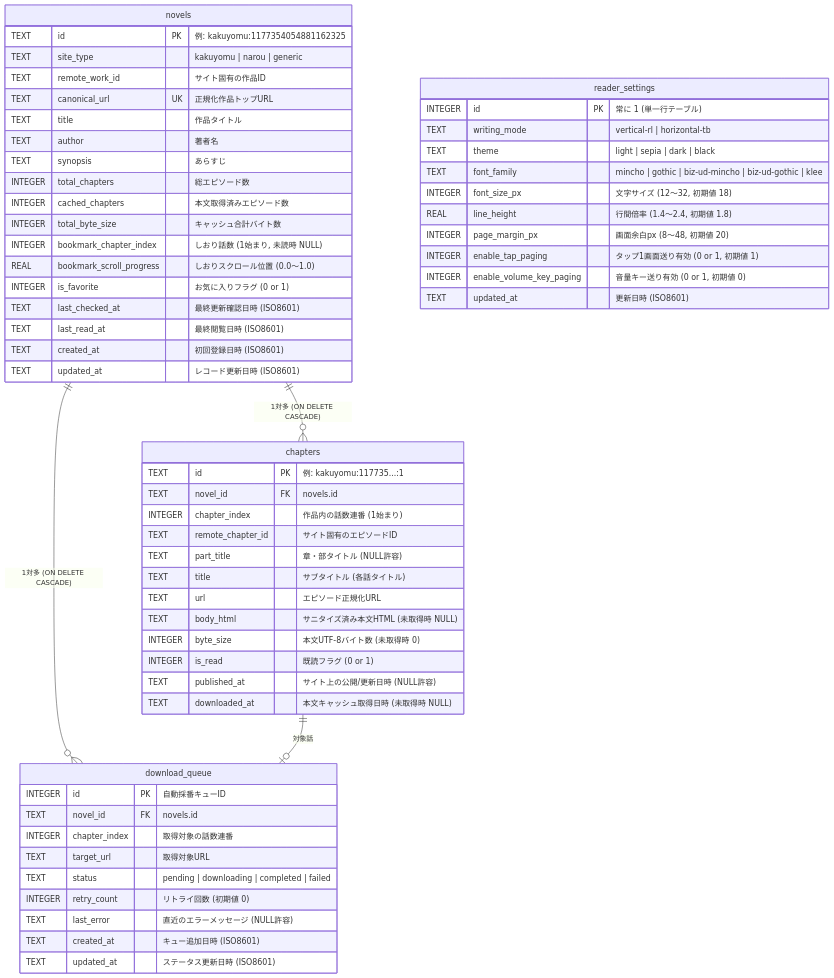
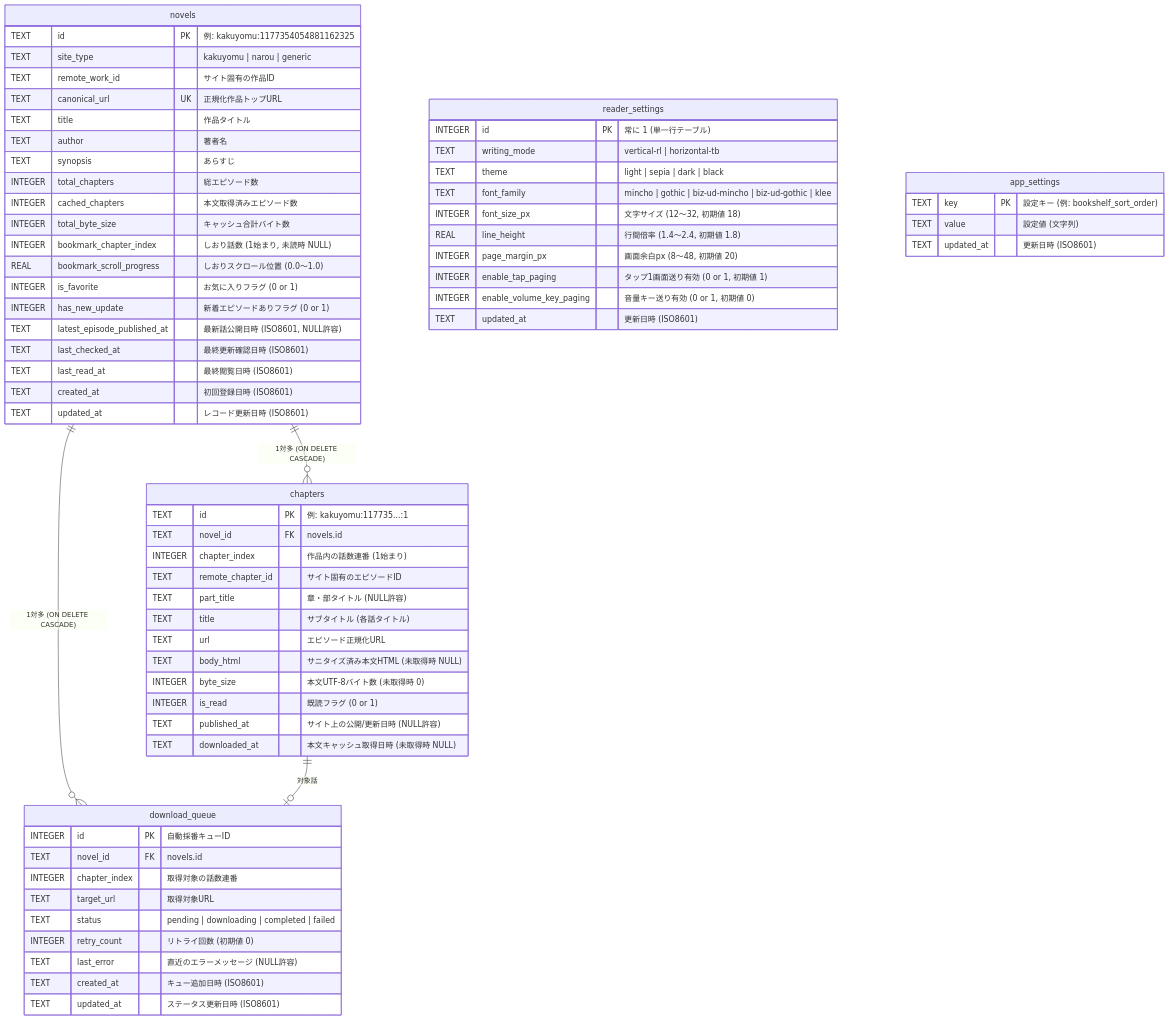
One commit to high-soar/Yommy changed the diagram in docs/specs/db-schema.md. Above: the diagram before and after it, drawn with Mermaid. The commit also changed other lines of this file and 9 other files, not shown here.

````diff
--- a/docs/specs/db-schema.md
+++ b/docs/specs/db-schema.md
@@ -38,66 +39,74 @@
 ```mermaid
 erDiagram
     novels ||--o{ chapters : "1対多 (ON DELETE CASCADE)"
     novels ||--o{ download_queue : "1対多 (ON DELETE CASCADE)"
     chapters ||--o| download_queue : "対象話"
 
     novels {
         TEXT id PK "例: kakuyomu:1177354054881162325"
         TEXT site_type "kakuyomu | narou | generic"
         TEXT remote_work_id "サイト固有の作品ID"
         TEXT canonical_url UK "正規化作品トップURL"
         TEXT title "作品タイトル"
         TEXT author "著者名"
         TEXT synopsis "あらすじ"
         INTEGER total_chapters "総エピソード数"
         INTEGER cached_chapters "本文取得済みエピソード数"
         INTEGER total_byte_size "キャッシュ合計バイト数"
         INTEGER bookmark_chapter_index "しおり話数 (1始まり, 未読時 NULL)"
         REAL bookmark_scroll_progress "しおりスクロール位置 (0.0〜1.0)"
         INTEGER is_favorite "お気に入りフラグ (0 or 1)"
+        INTEGER has_new_update "新着エピソードありフラグ (0 or 1)"
+        TEXT latest_episode_published_at "最新話公開日時 (ISO8601, NULL許容)"
         TEXT last_checked_at "最終更新確認日時 (ISO8601)"
         TEXT last_read_at "最終閲覧日時 (ISO8601)"
         TEXT created_at "初回登録日時 (ISO8601)"
         TEXT updated_at "レコード更新日時 (ISO8601)"
     }
 
     chapters {
         TEXT id PK "例: kakuyomu:117735...:1"
         TEXT novel_id FK "novels.id"
         INTEGER chapter_index "作品内の話数連番 (1始まり)"
         TEXT remote_chapter_id "サイト固有のエピソードID"
         TEXT part_title "章・部タイトル (NULL許容)"
         TEXT title "サブタイトル (各話タイトル)"
         TEXT url "エピソード正規化URL"
         TEXT body_html "サニタイズ済み本文HTML (未取得時 NULL)"
         INTEGER byte_size "本文UTF-8バイト数 (未取得時 0)"
         INTEGER is_read "既読フラグ (0 or 1)"
         TEXT published_at "サイト上の公開/更新日時 (NULL許容)"
         TEXT downloaded_at "本文キャッシュ取得日時 (未取得時 NULL)"
     }
 
     download_queue {
         INTEGER id PK "自動採番キューID"
         TEXT novel_id FK "novels.id"
         INTEGER chapter_index "取得対象の話数連番"
         TEXT target_url "取得対象URL"
         TEXT status "pending | downloading | completed | failed"
         INTEGER retry_count "リトライ回数 (初期値 0)"
         TEXT last_error "直近のエラーメッセージ (NULL許容)"
         TEXT created_at "キュー追加日時 (ISO8601)"
         TEXT updated_at "ステータス更新日時 (ISO8601)"
     }
 
     reader_settings {
         INTEGER id PK "常に 1 (単一行テーブル)"
         TEXT writing_mode "vertical-rl | horizontal-tb"
         TEXT theme "light | sepia | dark | black"
         TEXT font_family "mincho | gothic | biz-ud-mincho | biz-ud-gothic | klee"
         INTEGER font_size_px "文字サイズ (12〜32, 初期値 18)"
         REAL line_height "行間倍率 (1.4〜2.4, 初期値 1.8)"
         INTEGER page_margin_px "画面余白px (8〜48, 初期値 20)"
         INTEGER enable_tap_paging "タップ1画面送り有効 (0 or 1, 初期値 1)"
         INTEGER enable_volume_key_paging "音量キー送り有効 (0 or 1, 初期値 0)"
         TEXT updated_at "更新日時 (ISO8601)"
     }
+
+    app_settings {
+        TEXT key PK "設定キー (例: bookshelf_sort_order)"
+        TEXT value "設定値 (文字列)"
+        TEXT updated_at "更新日時 (ISO8601)"
+    }
 ```
````
